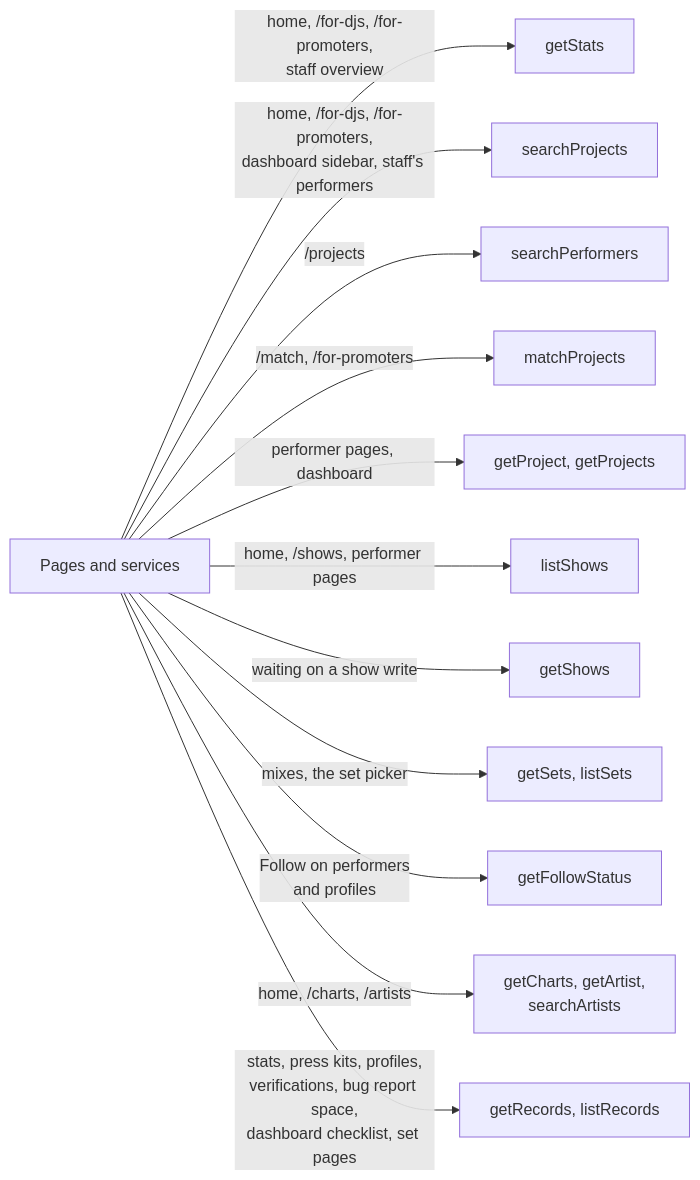
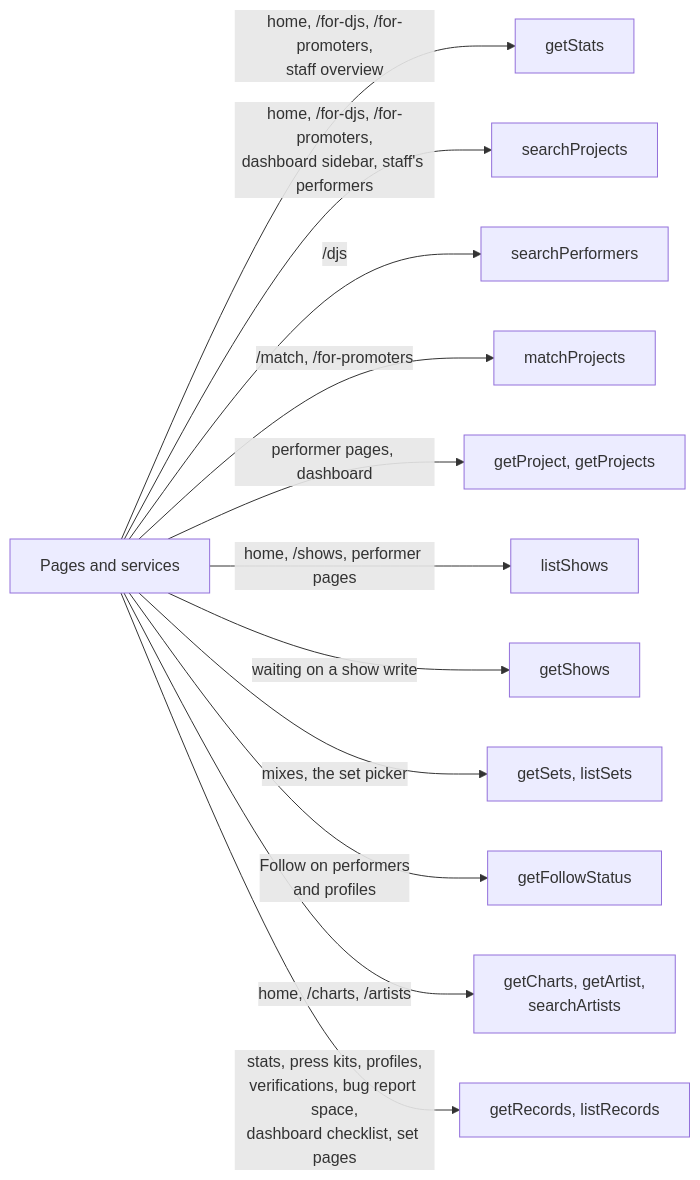
Before and after one commit to cutenode/localnetwork: the seventh of 7 diagrams in apps/web/docs/diagrams/jobs-and-directory.md, drawn with Mermaid. The commit also changed 68 other files, not shown here.

````diff
--- a/apps/web/docs/diagrams/jobs-and-directory.md
+++ b/apps/web/docs/diagrams/jobs-and-directory.md
@@ -141,15 +141,15 @@
 ```mermaid
 flowchart LR
   Pages["Pages and services"]
   Pages -- "home, /for-djs, /for-promoters,<br/>staff overview" --> Q1["getStats"]
   Pages -- "home, /for-djs, /for-promoters,<br/>dashboard sidebar, staff's performers" --> Q10["searchProjects"]
-  Pages -- "/projects" --> Q2["searchPerformers"]
+  Pages -- "/djs" --> Q2["searchPerformers"]
   Pages -- "/match, /for-promoters" --> Q3["matchProjects"]
   Pages -- "performer pages, dashboard" --> Q4["getProject, getProjects"]
   Pages -- "home, /shows, performer pages" --> Q5["listShows"]
   Pages -- "waiting on a show write" --> Q11["getShows"]
   Pages -- "mixes, the set picker" --> Q6["getSets, listSets"]
   Pages -- "Follow on performers<br/>and profiles" --> Q7["getFollowStatus"]
   Pages -- "home, /charts, /artists" --> Q8["getCharts, getArtist,<br/>searchArtists"]
   Pages -- "stats, press kits, profiles,<br/>verifications, bug report space,<br/>dashboard checklist, set pages" --> Q9["getRecords, listRecords"]
 ```
````
